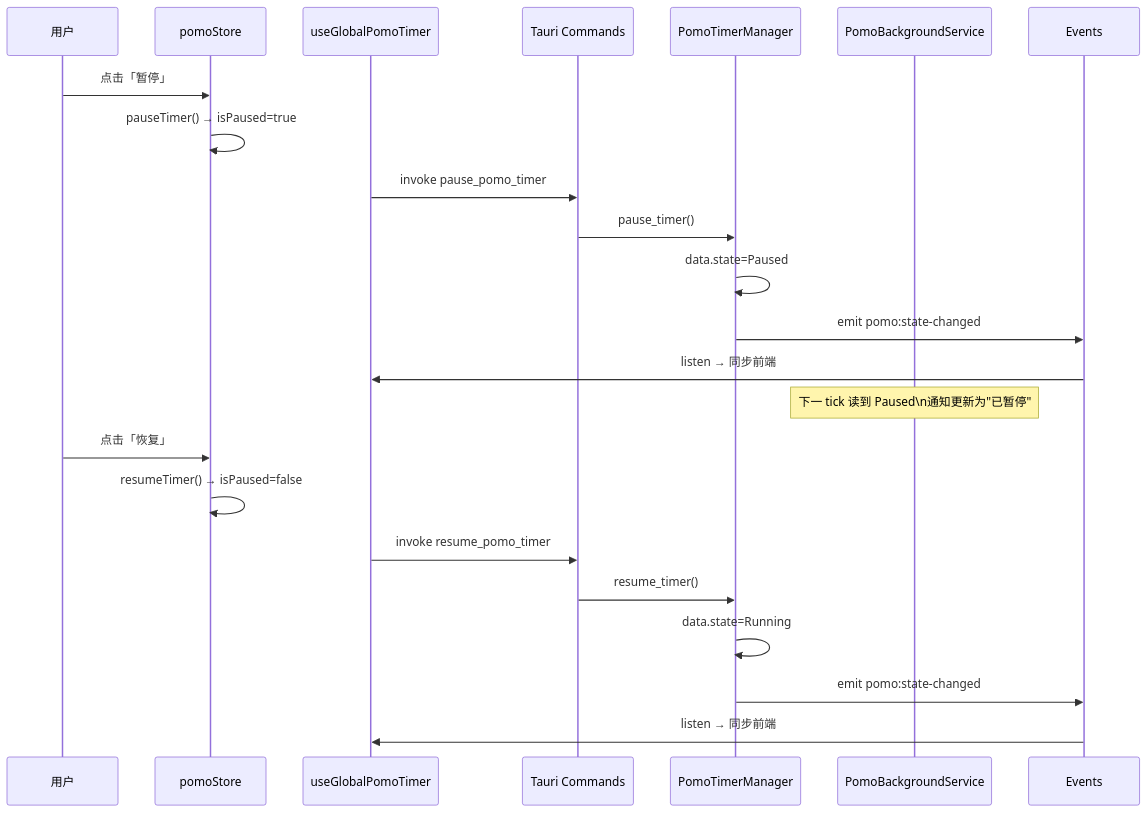
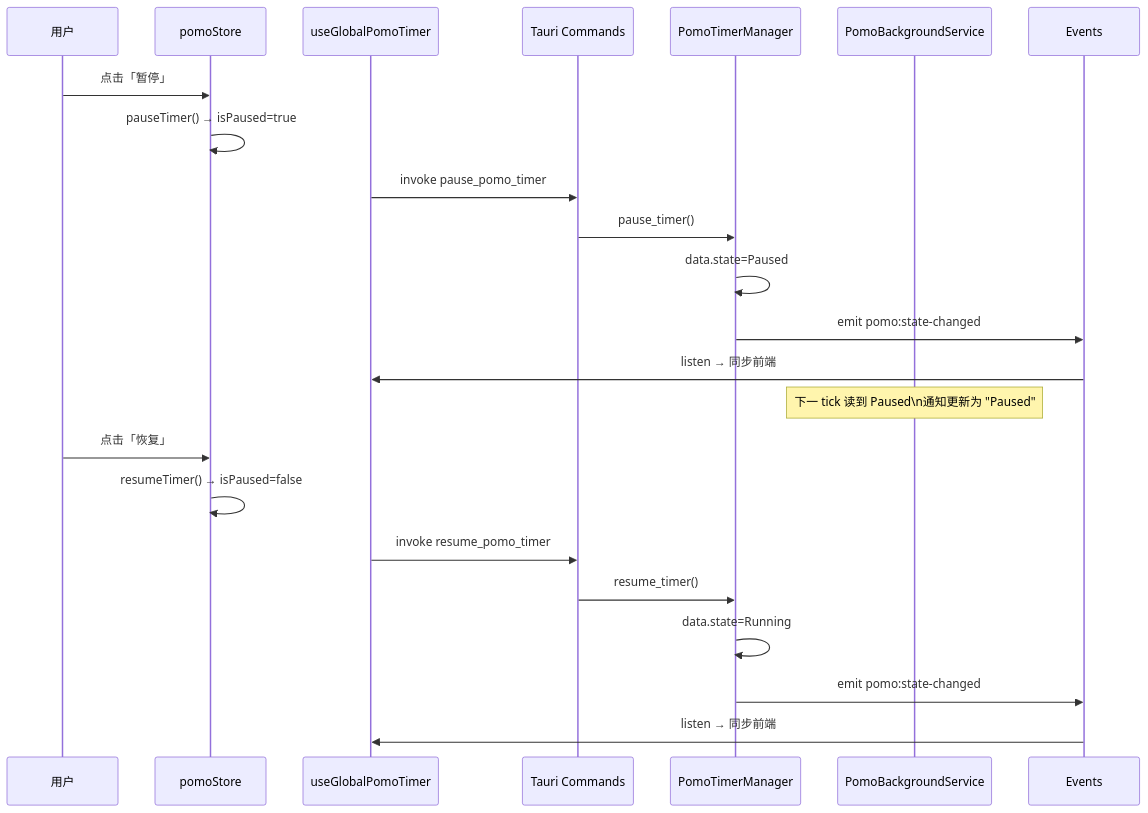
One commit to ruinb0wman/exp1 changed the third of 7 diagrams in src/docs/pomo.md. Above: the diagram before and after it, drawn with Mermaid. The commit also changed other lines of this file and 101 other files, not shown here.

````diff
--- a/src/docs/pomo.md
+++ b/src/docs/pomo.md
@@ -86,28 +86,28 @@
 ```mermaid
 sequenceDiagram
     participant U as 用户
     participant PS as pomoStore
     participant UGPT as useGlobalPomoTimer
     participant CMD as Tauri Commands
     participant PTM as PomoTimerManager
     participant BS as PomoBackgroundService
     participant EVT as Events
 
     U->>PS: 点击「暂停」
     PS->>PS: pauseTimer() → isPaused=true
     UGPT->>CMD: invoke pause_pomo_timer
     CMD->>PTM: pause_timer()
     PTM->>PTM: data.state=Paused
     PTM->>EVT: emit pomo:state-changed
     EVT->>UGPT: listen → 同步前端
 
-    Note over BS: 下一 tick 读到 Paused\n通知更新为"已暂停"
+    Note over BS: 下一 tick 读到 Paused\n通知更新为 "Paused"
 
     U->>PS: 点击「恢复」
     PS->>PS: resumeTimer() → isPaused=false
     UGPT->>CMD: invoke resume_pomo_timer
     CMD->>PTM: resume_timer()
     PTM->>PTM: data.state=Running
     PTM->>EVT: emit pomo:state-changed
     EVT->>UGPT: listen → 同步前端
 ```
````
